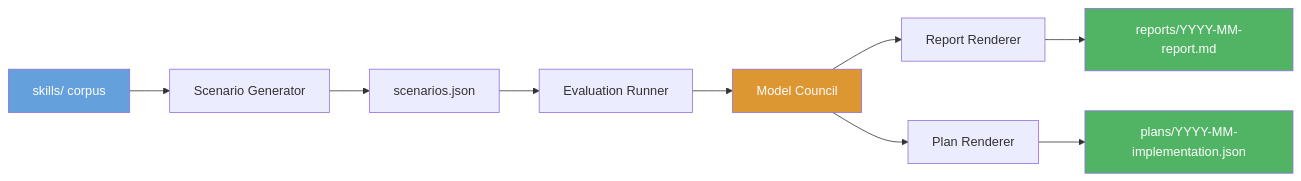
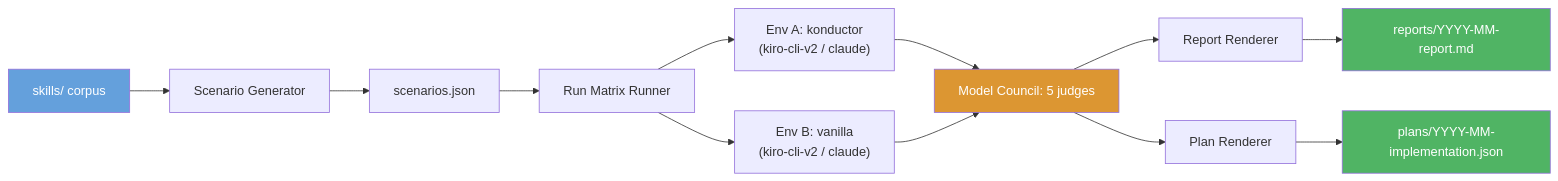
Before and after one commit to aws-solutions/konductor: the first of 4 diagrams in .konductor/designs/benchmarking/design.md, drawn with Mermaid. The commit also changed other lines of this file, not shown here.

First line of the commit message:
wip: docs(benchmarking): A/B konductor-vs-vanilla evaluation design

````diff
--- a/.konductor/designs/benchmarking/design.md
+++ b/.konductor/designs/benchmarking/design.md
@@ -51,16 +53,21 @@
 ```mermaid
 flowchart LR
     A[skills/ corpus] --> B[Scenario Generator]
     B --> C[scenarios.json]
-    C --> D[Evaluation Runner]
-    D --> E[Model Council]
-    E --> F[Report Renderer]
-    E --> G[Plan Renderer]
-    F --> H[reports/YYYY-MM-report.md]
-    G --> I[plans/YYYY-MM-implementation.json]
+    C --> D[Run Matrix Runner]
+    D --> E["Env A: konductor
+    (kiro-cli-v2 / claude)"]
+    D --> F["Env B: vanilla
+    (kiro-cli-v2 / claude)"]
+    E --> G[Model Council: 5 judges]
+    F --> G
+    G --> H[Report Renderer]
+    G --> I[Plan Renderer]
+    H --> J[reports/YYYY-MM-report.md]
+    I --> K[plans/YYYY-MM-implementation.json]
 
     style A fill:#64a0dc,color:#fff
-    style E fill:#dc9632,color:#fff
-    style H fill:#50b464,color:#fff
-    style I fill:#50b464,color:#fff
+    style G fill:#dc9632,color:#fff
+    style J fill:#50b464,color:#fff
+    style K fill:#50b464,color:#fff
 ```
````
